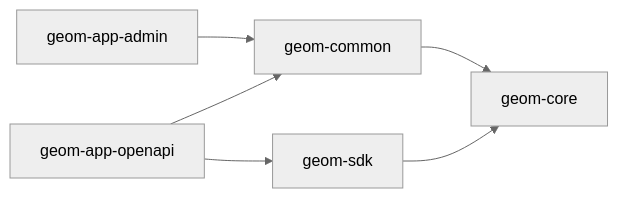
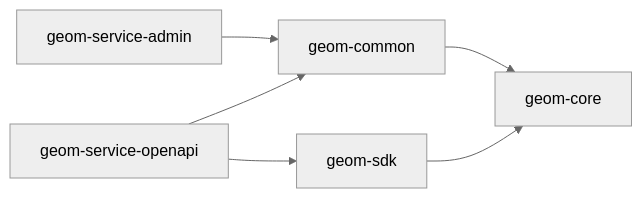
The diagram in CONTRIBUTING.md (xezzon/geom-micronaut), drawn with Mermaid (neutral theme) before and after one commit. The commit also changed other lines of this file and 9 other files, not shown here.

````diff
--- a/CONTRIBUTING.md
+++ b/CONTRIBUTING.md
@@ -21,8 +21,8 @@
 ```mermaid
 flowchart LR
-    geom-app-admin-->geom-common
-    geom-app-openapi-->geom-common
-    geom-app-openapi-->geom-sdk
+    geom-service-admin-->geom-common
+    geom-service-openapi-->geom-common
+    geom-service-openapi-->geom-sdk
     geom-common-->geom-core
     geom-sdk--> geom-core
 ```
````
